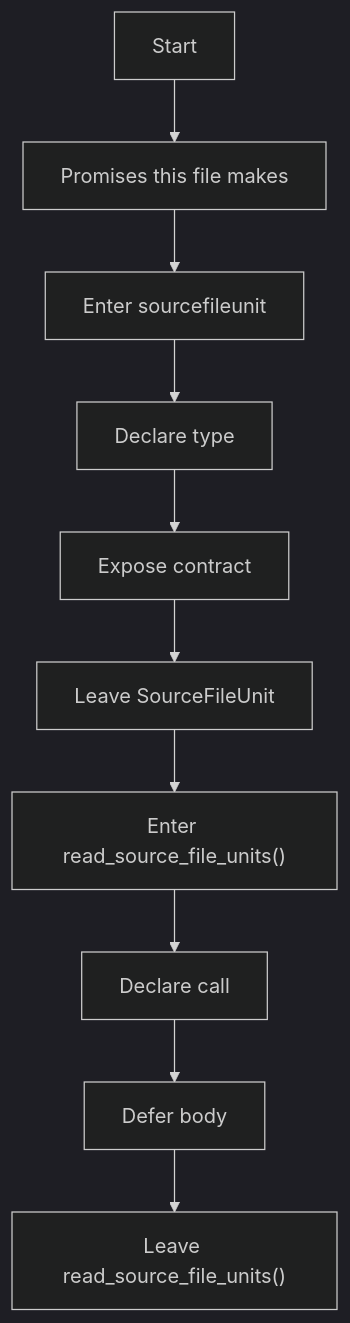
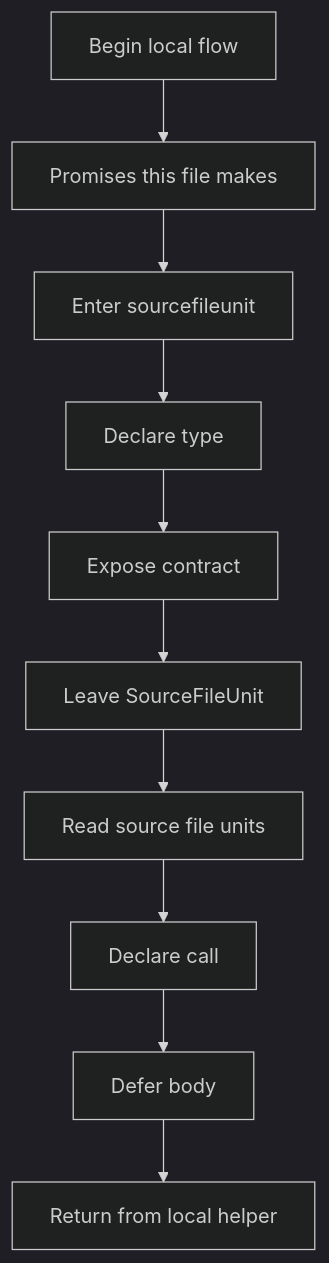
The first of 5 diagrams in docs/Codebase/Microservice/Modules/Header/SyntacticBrokenAST/Analysis/Input/source_reader.hpp.md (JohnAndrewBalbarosa/NeoTerritory), drawn with Mermaid (dark theme) before and after one commit. The commit also changed other lines of this file and 925 other files, not shown here.

````diff
--- a/docs/Codebase/Microservice/Modules/Header/SyntacticBrokenAST/Analysis/Input/source_reader.hpp.md
+++ b/docs/Codebase/Microservice/Modules/Header/SyntacticBrokenAST/Analysis/Input/source_reader.hpp.md
@@ -30,22 +29,22 @@
 ```mermaid
 flowchart TD
-    N0["Start"]
+    N0["Begin local flow"]
     N1["Promises this file makes"]
     N2["Enter sourcefileunit"]
     N3["Declare type"]
     N4["Expose contract"]
     N5["Leave SourceFileUnit"]
-    N6["Enter read_source_file_units()"]
+    N6["Read source file units"]
     N7["Declare call"]
     N8["Defer body"]
-    N9["Leave read_source_file_units()"]
+    N9["Return from local helper"]
     N0 --> N1
     N1 --> N2
     N2 --> N3
     N3 --> N4
     N4 --> N5
     N5 --> N6
     N6 --> N7
     N7 --> N8
     N8 --> N9
 ```
````
